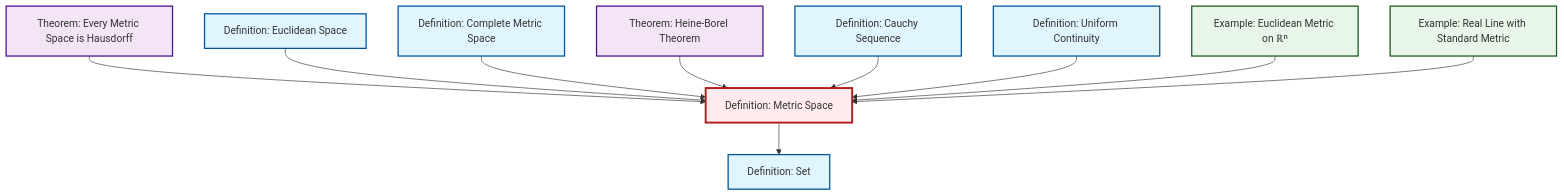
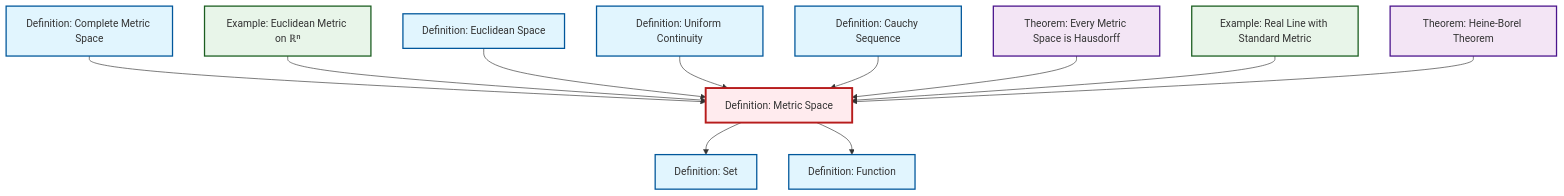
Before and after one commit to RK0429/ModernMath: the diagram in content/ja/analysis/def-metric-space.qmd, drawn with Mermaid. The commit also changed 554 other files, not shown here.

````diff
--- a/content/ja/analysis/def-metric-space.qmd
+++ b/content/ja/analysis/def-metric-space.qmd
@@ -52,38 +52,41 @@
 ```{mermaid}
 %%| fig-cap: "Local dependency graph"
 graph TD
     classDef definition fill:#e1f5fe,stroke:#01579b,stroke-width:2px
     classDef theorem fill:#f3e5f5,stroke:#4a148c,stroke-width:2px
     classDef axiom fill:#fff3e0,stroke:#e65100,stroke-width:2px
     classDef example fill:#e8f5e9,stroke:#1b5e20,stroke-width:2px
     classDef current fill:#ffebee,stroke:#b71c1c,stroke-width:3px
+    def-cauchy-sequence["Definition: Cauchy Sequence"]:::definition
+    thm-metric-hausdorff["Theorem: Every Metric Space is Hausdorff"]:::theorem
+    thm-heine-borel["Theorem: Heine-Borel Theorem"]:::theorem
+    def-complete-metric-space["Definition: Complete Metric Space"]:::definition
+    def-set["Definition: Set"]:::definition
+    def-function["Definition: Function"]:::definition
     def-metric-space["Definition: Metric Space"]:::definition
-    def-set["Definition: Set"]:::definition
-    thm-metric-hausdorff["Theorem: Every Metric Space is Hausdorff"]:::theorem
+    ex-euclidean-metric["Example: Euclidean Metric on ℝⁿ"]:::example
+    ex-real-line-metric["Example: Real Line with Standard Metric"]:::example
     def-euclidean-space["Definition: Euclidean Space"]:::definition
-    ex-real-line-metric["Example: Real Line with Standard Metric"]:::example
     def-uniform-continuity["Definition: Uniform Continuity"]:::definition
-    ex-euclidean-metric["Example: Euclidean Metric on ℝⁿ"]:::example
-    thm-heine-borel["Theorem: Heine-Borel Theorem"]:::theorem
-    def-cauchy-sequence["Definition: Cauchy Sequence"]:::definition
-    def-complete-metric-space["Definition: Complete Metric Space"]:::definition
+    def-metric-space --> def-set
+    def-complete-metric-space --> def-metric-space
+    ex-euclidean-metric --> def-metric-space
+    def-metric-space --> def-function
+    def-euclidean-space --> def-metric-space
+    def-uniform-continuity --> def-metric-space
+    def-cauchy-sequence --> def-metric-space
     thm-metric-hausdorff --> def-metric-space
-    def-metric-space --> def-set
-    def-euclidean-space --> def-metric-space
-    def-complete-metric-space --> def-metric-space
+    ex-real-line-metric --> def-metric-space
     thm-heine-borel --> def-metric-space
-    def-cauchy-sequence --> def-metric-space
-    def-uniform-continuity --> def-metric-space
-    ex-euclidean-metric --> def-metric-space
-    ex-real-line-metric --> def-metric-space
     class def-metric-space current
+    click def-cauchy-sequence "def-cauchy-sequence.html" "Definition: Cauchy Sequenceへ"
+    click thm-metric-hausdorff "thm-metric-hausdorff.html" "Theorem: Every Metric Space is Hausdorffへ"
+    click thm-heine-borel "thm-heine-borel.html" "Theorem: Heine-Borel Theoremへ"
+    click def-complete-metric-space "def-complete-metric-space.html" "Definition: Complete Metric Spaceへ"
     click def-set "def-set.html" "Definition: Setへ"
-    click thm-metric-hausdorff "thm-metric-hausdorff.html" "Theorem: Every Metric Space is Hausdorffへ"
+    click def-function "def-function.html" "Definition: Functionへ"
+    click ex-euclidean-metric "ex-euclidean-metric.html" "Example: Euclidean Metric on ℝⁿへ"
+    click ex-real-line-metric "ex-real-line-metric.html" "Example: Real Line with Standard Metricへ"
     click def-euclidean-space "def-euclidean-space.html" "Definition: Euclidean Spaceへ"
-    click ex-real-line-metric "ex-real-line-metric.html" "Example: Real Line with Standard Metricへ"
     click def-uniform-continuity "def-uniform-continuity.html" "Definition: Uniform Continuityへ"
-    click ex-euclidean-metric "ex-euclidean-metric.html" "Example: Euclidean Metric on ℝⁿへ"
-    click thm-heine-borel "thm-heine-borel.html" "Theorem: Heine-Borel Theoremへ"
-    click def-cauchy-sequence "def-cauchy-sequence.html" "Definition: Cauchy Sequenceへ"
-    click def-complete-metric-space "def-complete-metric-space.html" "Definition: Complete Metric Spaceへ"
 ```
````
